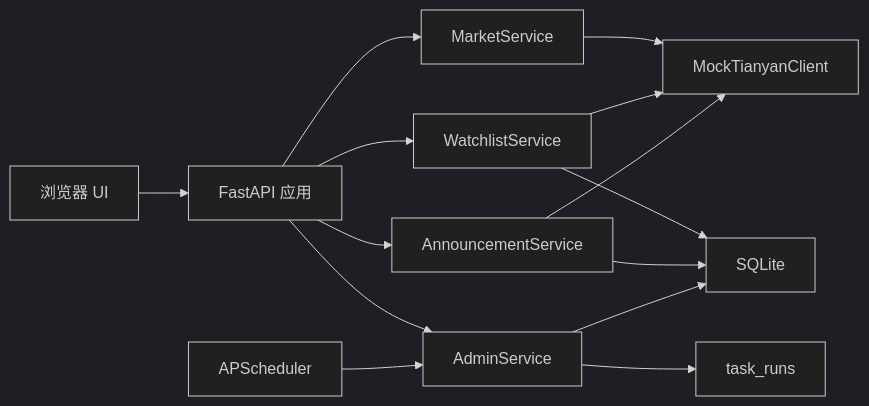
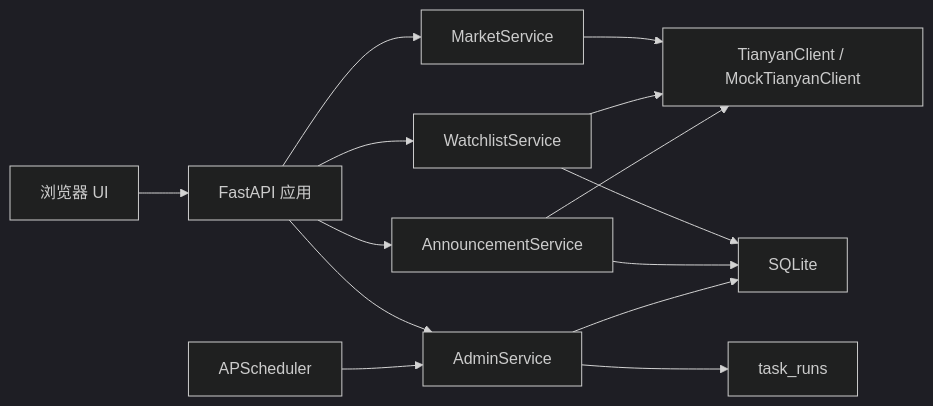
Before and after one commit to vincentfang924/tiance: the diagram in docs/technical-and-operations-guide.md, drawn with Mermaid (dark theme). The commit also changed other lines of this file and 19 other files, not shown here.

````diff
--- a/docs/technical-and-operations-guide.md
+++ b/docs/technical-and-operations-guide.md
@@ -25,16 +26,16 @@
 ```mermaid
 flowchart LR
   Browser["浏览器 UI"] --> FastAPI["FastAPI 应用"]
   FastAPI --> Watchlist["WatchlistService"]
   FastAPI --> Market["MarketService"]
   FastAPI --> Announcement["AnnouncementService"]
   FastAPI --> Admin["AdminService"]
-  Market --> Tianyan["MockTianyanClient"]
+  Market --> Tianyan["TianyanClient / MockTianyanClient"]
   Watchlist --> Tianyan
   Announcement --> Tianyan
   Watchlist --> SQLite["SQLite"]
   Announcement --> SQLite
   Admin --> SQLite
   Scheduler["APScheduler"] --> Admin
   Admin --> TaskRuns["task_runs"]
 ```
````
